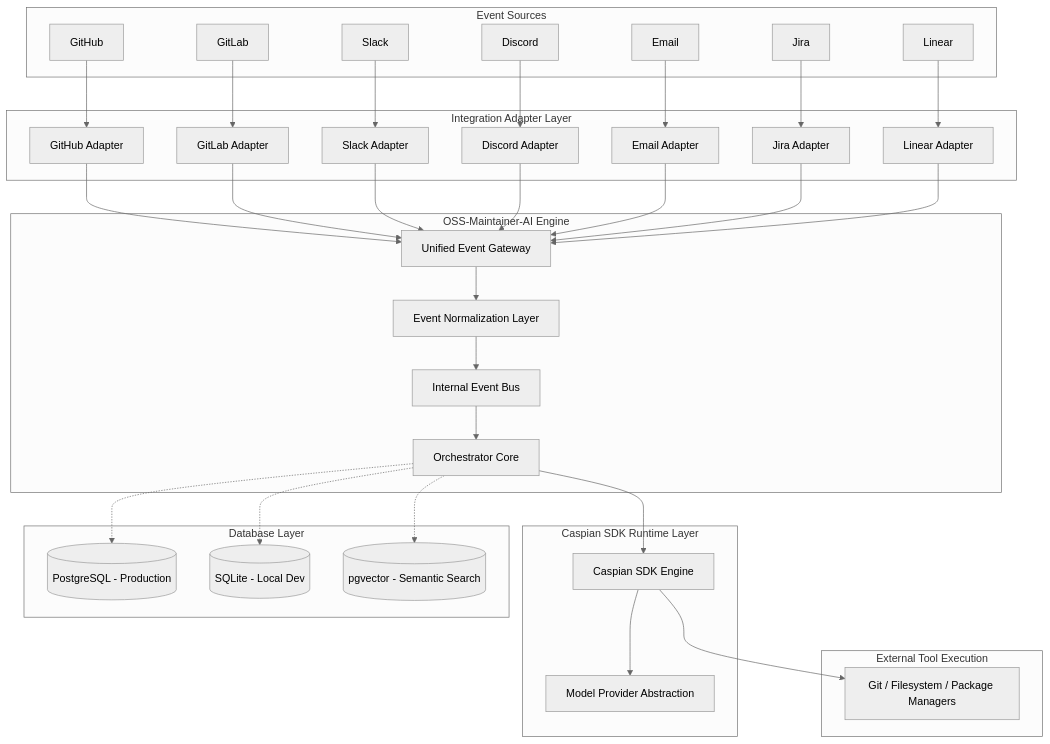
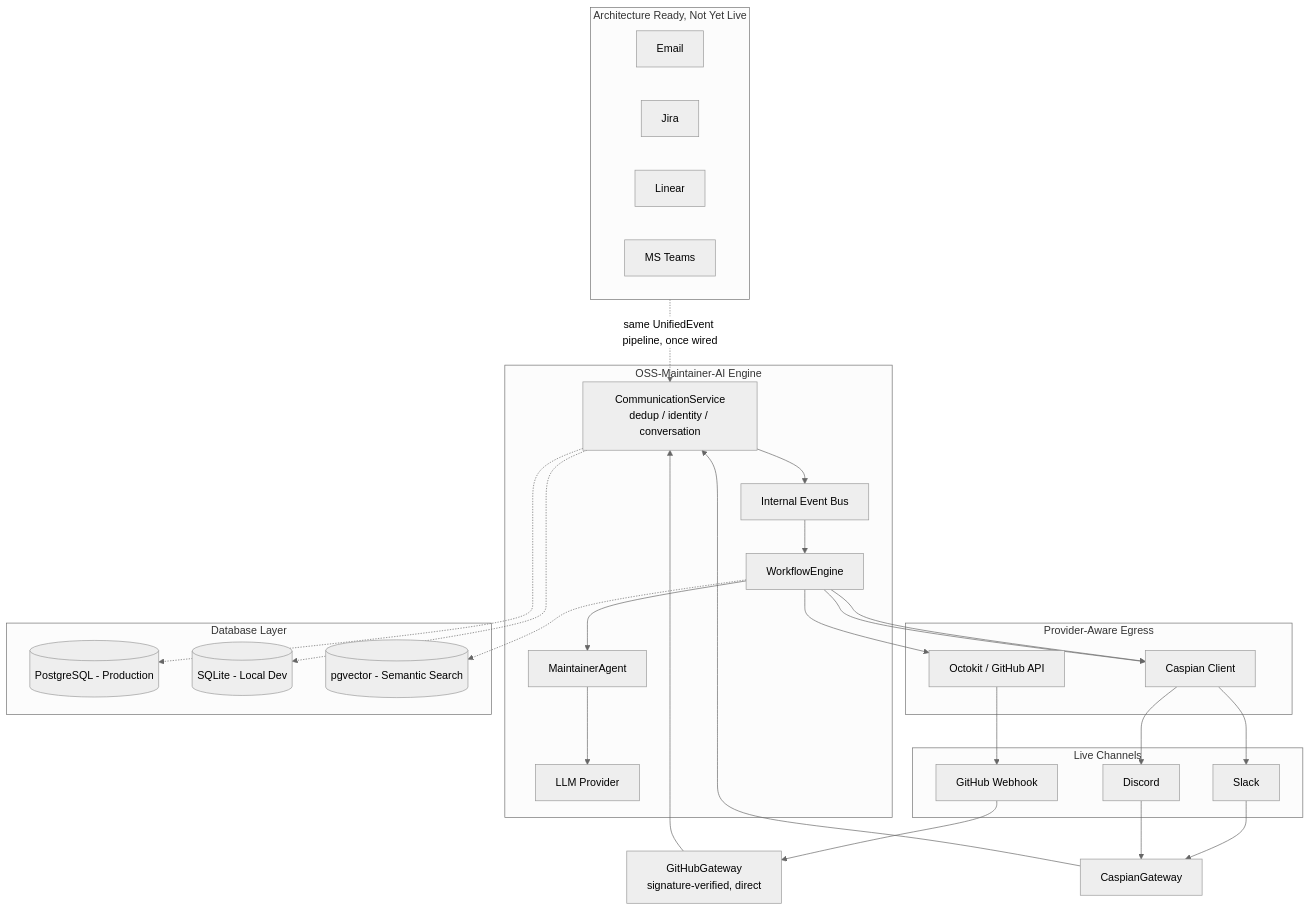
One commit to darkraider01/OSS-Maintainer-AI changed the first of 2 diagrams in README.md. Above: the diagram before and after it, drawn with Mermaid (neutral theme). The commit also changed other lines of this file, not shown here.

Commit message:
docs: fix architecture diagrams contradicting the GitHub-direct design
The high-level architecture graph and end-to-end sequence diagram still
showed GitHub routed through Caspian, contradicting the "GitHub Integration"
section describing GitHub's direct, Caspian-bypassing webhook path. Also
dropped GitLab/Email/Jira/Linear as if-implemented adapter nodes from the
live pipeline diagram — they're not wired in; they belong in the Supported
Providers table, now called out as a separate "Planned" cluster instead.

````diff
--- a/README.md
+++ b/README.md
@@ -202,68 +202,53 @@
 ```mermaid
 graph TD
-    subgraph Platforms [Event Sources]
-        GH[GitHub]
-        GL[GitLab]
+    subgraph Live [Live Channels]
+        GH[GitHub Webhook]
         SL[Slack]
         DC[Discord]
-        EM[Email]
-        JR[Jira]
-        LN[Linear]
     end
 
-    subgraph Adapters [Integration Adapter Layer]
-        GHA[GitHub Adapter]
-        GLA[GitLab Adapter]
-        SLA[Slack Adapter]
-        DCA[Discord Adapter]
-        EMA[Email Adapter]
-        JRA[Jira Adapter]
-        LNA[Linear Adapter]
+    GHG[GitHubGateway<br/>signature-verified, direct]
+    CG[CaspianGateway]
+
+    subgraph Core [OSS-Maintainer-AI Engine]
+        CS[CommunicationService<br/>dedup / identity / conversation]
+        BUS[Internal Event Bus]
+        WE[WorkflowEngine]
+        AG[MaintainerAgent]
+        LLM[LLM Provider]
     end
 
-    subgraph Core [OSS-Maintainer-AI Engine]
-        GW[Unified Event Gateway]
-        EN[Event Normalization Layer]
-        BUS[Internal Event Bus]
-        OR[Orchestrator Core]
-
-        GW --> EN
-        EN --> BUS
-        BUS --> OR
-    end
-
-    subgraph Runtime [Caspian SDK Runtime Layer]
-        OR --> SDK[Caspian SDK Engine]
-        SDK --> LLM[Model Provider Abstraction]
-    end
-
-    subgraph Tooling [External Tool Execution]
-        SDK --> Tools[Git / Filesystem / Package Managers]
+    subgraph Egress [Provider-Aware Egress]
+        OCT[Octokit / GitHub API]
+        CAS[Caspian Client]
     end
 
     subgraph Persistence [Database Layer]
         DB[(PostgreSQL - Production)]
         DEV[(SQLite - Local Dev)]
         VEC[(pgvector - Semantic Search)]
     end
 
-    GH --> GHA
-    GL --> GLA
-    SL --> SLA
-    DC --> DCA
-    EM --> EMA
-    JR --> JRA
-    LN --> LNA
+    subgraph Planned [Architecture Ready, Not Yet Live]
+        EM[Email]
+        JR[Jira]
+        LN[Linear]
+        TM[MS Teams]
+    end
 
-    GHA --> GW
-    GLA --> GW
-    SLA --> GW
-    DCA --> GW
-    EMA --> GW
-    JRA --> GW
-    LNA --> GW
+    GH --> GHG --> CS
+    SL --> CG
+    DC --> CG
+    CG --> CS
 
-    OR -.-> DB
-    OR -.-> DEV
-    OR -.-> VEC
+    CS --> BUS --> WE --> AG --> LLM
+    WE --> OCT --> GH
+    WE --> CAS --> SL
+    WE --> CAS --> DC
+
+    CS -.-> DB
+    CS -.-> DEV
+    WE -.-> VEC
+
+    Planned -.->|same UnifiedEvent pipeline, once wired| CS
 ```
````
